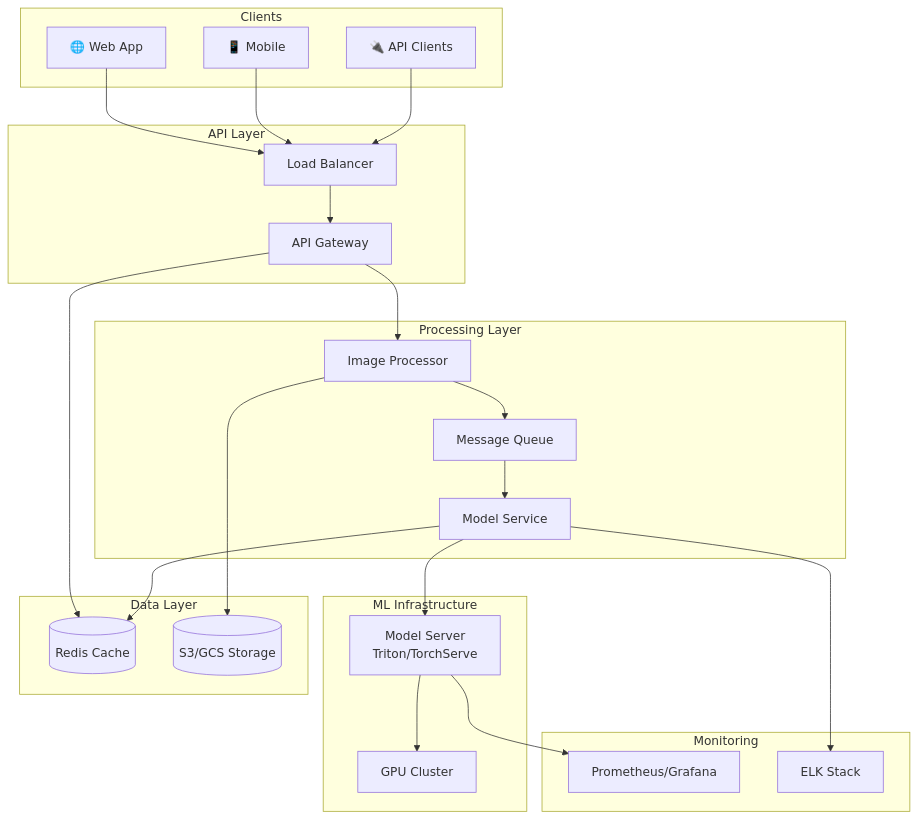
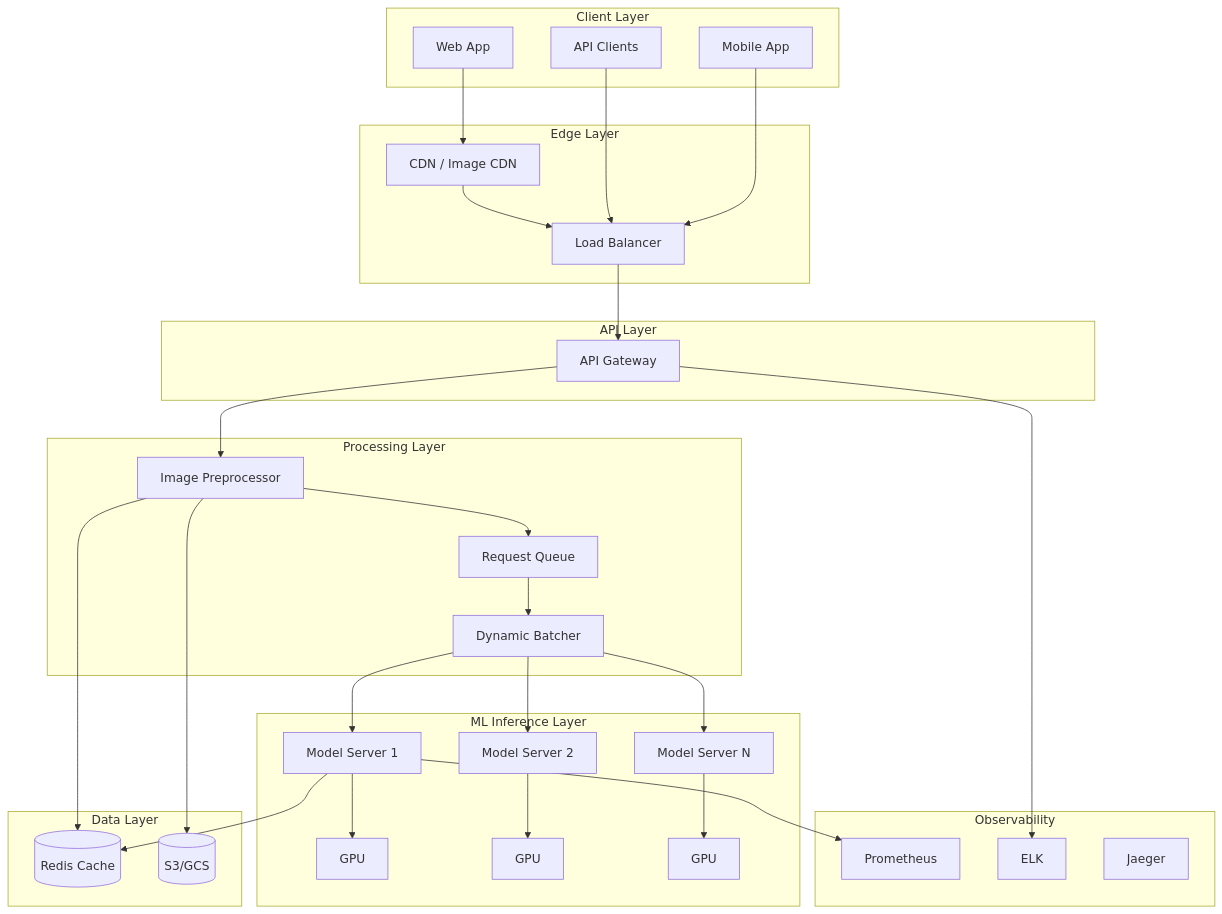
Before and after one commit to spawn08/system-design-interview: the second of 6 diagrams in ml_system_design/image_caption_generator.md, drawn with Mermaid. The commit also changed other lines of this file and 2 other files, not shown here.

Commit message:
Revise image caption generator documentation to enhance clarity and detail. Update examples, real-world applications, and system design considerations. Improve structure and readability, ensuring comprehensive coverage of key concepts in image captioning systems.

````diff
--- a/ml_system_design/image_caption_generator.md
+++ b/ml_system_design/image_caption_generator.md
@@ -129,53 +232,68 @@
 ```mermaid
 flowchart TB
-    subgraph Clients [Clients]
-        Web[🌐 Web App]
-        Mobile[📱 Mobile]
-        API[🔌 API Clients]
+    subgraph Clients [Client Layer]
+        Web[Web App]
+        Mobile[Mobile App]
+        API[API Clients]
+    end
+    
+    subgraph Edge [Edge Layer]
+        CDN[CDN / Image CDN]
+        LB[Load Balancer]
     end
     
     subgraph Gateway [API Layer]
-        LB[Load Balancer]
         APIGw[API Gateway]
     end
     
     subgraph Processing [Processing Layer]
-        ImgProc[Image Processor]
-        Queue[Message Queue]
-        ModelSvc[Model Service]
+        Preprocessor[Image Preprocessor]
+        Queue[Request Queue]
+        Batcher[Dynamic Batcher]
     end
     
-    subgraph ML [ML Infrastructure]
-        Triton[Model Server<br/>Triton/TorchServe]
-        GPU[GPU Cluster]
+    subgraph Inference [ML Inference Layer]
+        Triton1[Model Server 1]
+        Triton2[Model Server 2]
+        Triton3[Model Server N]
+        GPU1[GPU]
+        GPU2[GPU]
+        GPU3[GPU]
     end
     
     subgraph Data [Data Layer]
         Cache[(Redis Cache)]
-        Storage[(S3/GCS Storage)]
+        Storage[(S3/GCS)]
     end
     
-    subgraph Monitor [Monitoring]
-        Metrics[Prometheus/Grafana]
-        Logs[ELK Stack]
+    subgraph Monitor [Observability]
+        Metrics[Prometheus]
+        Logs[ELK]
+        Traces[Jaeger]
     end
     
-    Web --> LB
+    Web --> CDN
     Mobile --> LB
     API --> LB
+    CDN --> LB
     LB --> APIGw
     
-    APIGw --> ImgProc
-    ImgProc --> Queue
-    ImgProc --> Storage
+    APIGw --> Preprocessor
+    Preprocessor --> Cache
+    Preprocessor --> Queue
     
-    Queue --> ModelSvc
-    ModelSvc --> Triton
-    Triton --> GPU
+    Queue --> Batcher
+    Batcher --> Triton1
+    Batcher --> Triton2
+    Batcher --> Triton3
     
-    APIGw --> Cache
-    ModelSvc --> Cache
+    Triton1 --> GPU1
+    Triton2 --> GPU2
+    Triton3 --> GPU3
     
-    Triton --> Metrics
-    ModelSvc --> Logs
+    Triton1 --> Cache
+    Preprocessor --> Storage
+    
+    Triton1 --> Metrics
+    APIGw --> Logs
 ```
````
